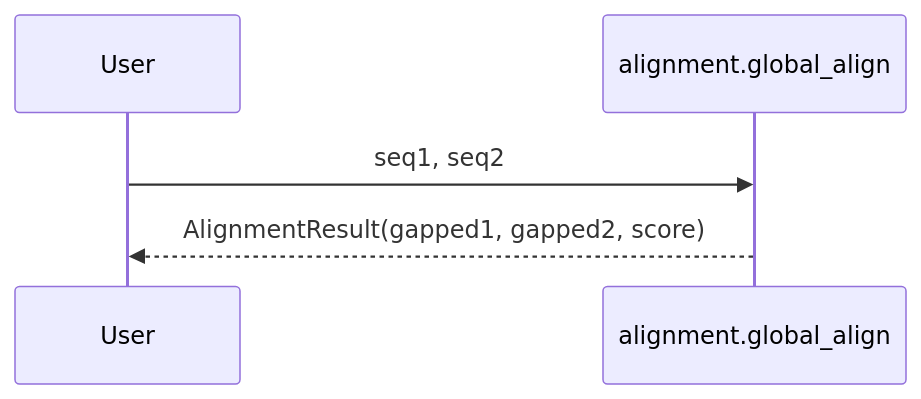
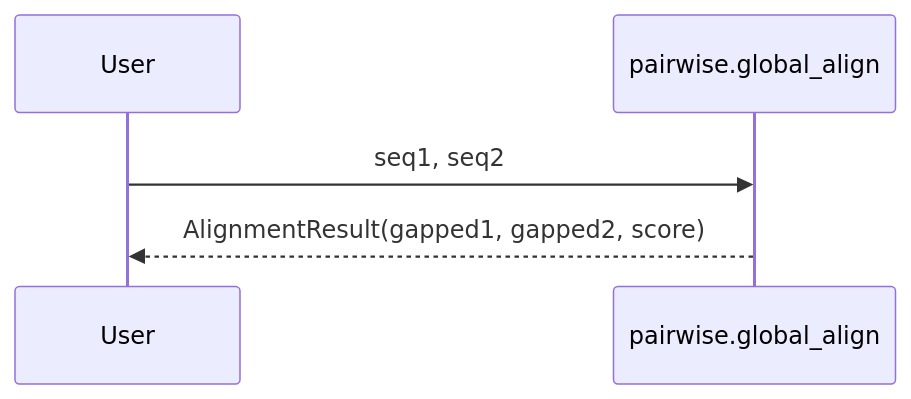
One commit to docxology/MetaInformAnt changed the diagram in docs/dna/alignment.md. Above: the diagram before and after it, drawn with Mermaid. The commit also changed other lines of this file and 532 other files, not shown here.

````diff
--- a/docs/dna/alignment.md
+++ b/docs/dna/alignment.md
@@ -5,7 +5,7 @@
 ```mermaid
 sequenceDiagram
   participant U as User
-  participant A as alignment.global_align
+  participant A as pairwise.global_align
   U->>A: seq1, seq2
   A-->>U: AlignmentResult(gapped1, gapped2, score)
 ```
````
